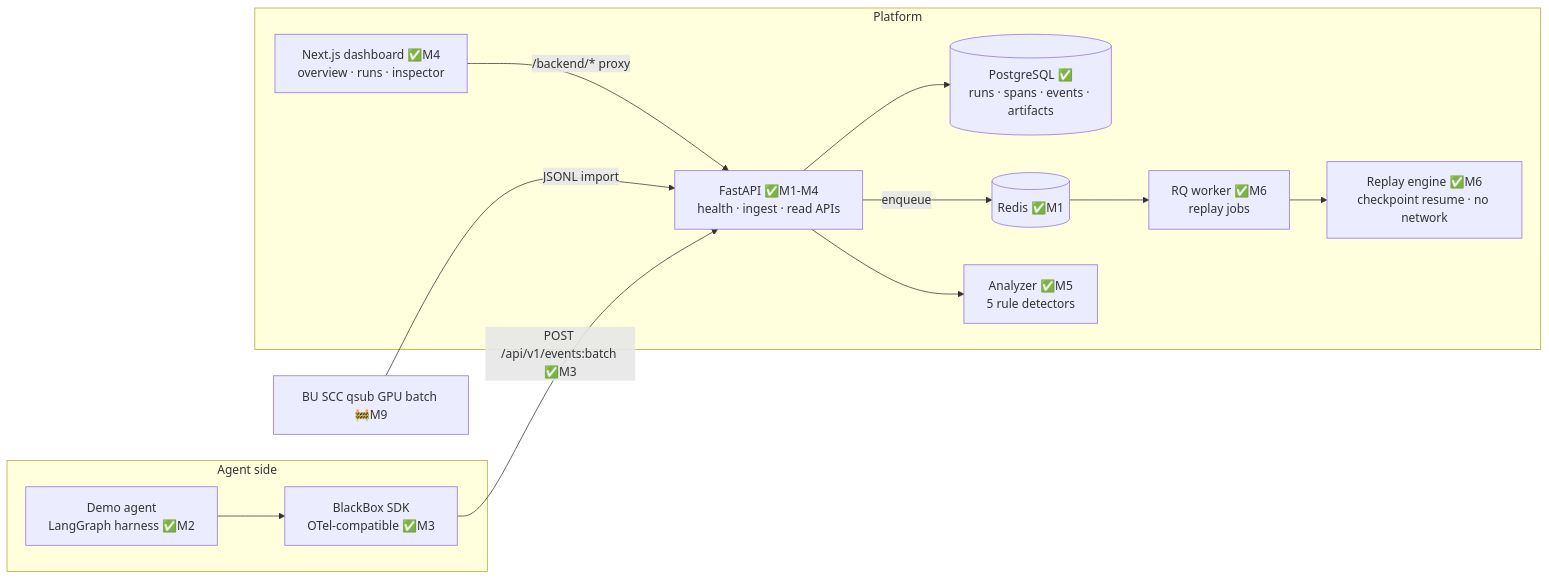
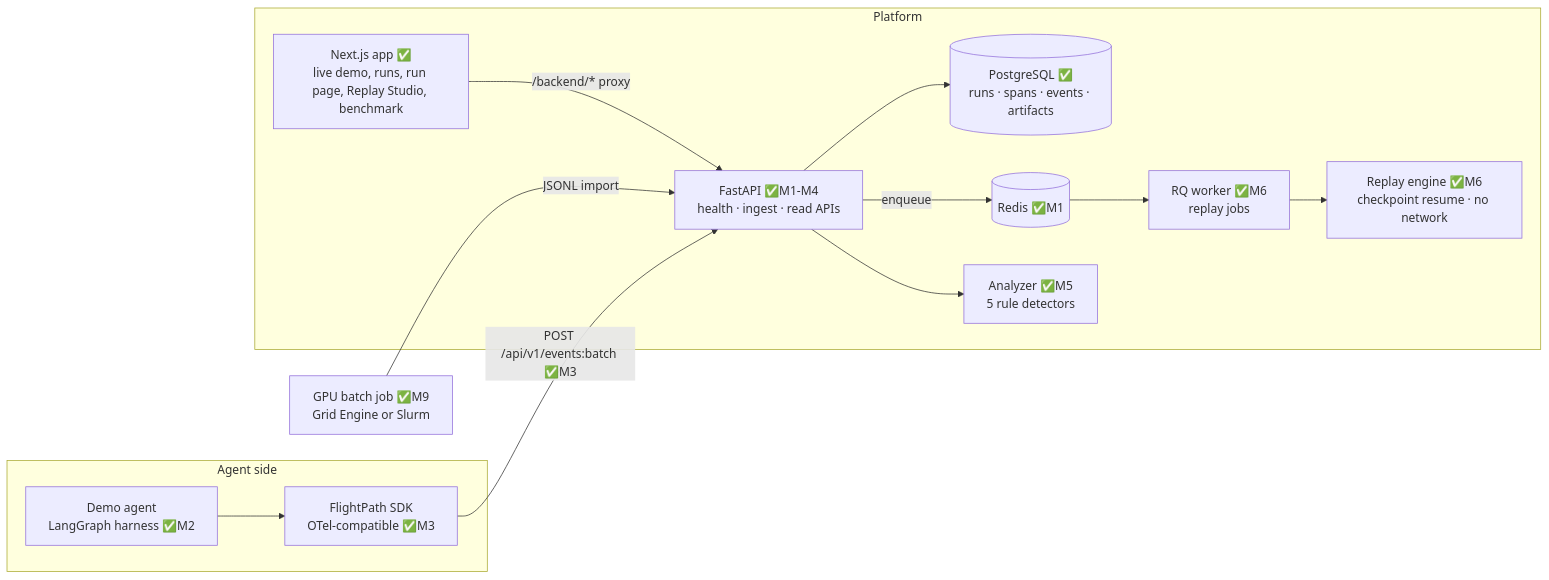
Before and after one commit to Kaushik2AI/agent-blackbox: the first of 3 diagrams in docs/architecture.md, drawn with Mermaid. The commit also changed other lines of this file and 96 other files, not shown here.

Commit message:
FlightPath: benchmark (M8), GPU evaluation (M9)

````diff
--- a/docs/architecture.md
+++ b/docs/architecture.md
@@ -7,16 +7,16 @@
 ```mermaid
 flowchart LR
   subgraph Agent side
-    H[Demo agent<br/>LangGraph harness ✅M2] --> SDK[BlackBox SDK<br/>OTel-compatible ✅M3]
+    H[Demo agent<br/>LangGraph harness ✅M2] --> SDK[FlightPath SDK<br/>OTel-compatible ✅M3]
   end
   subgraph Platform
-    W[Next.js dashboard ✅M4<br/>overview · runs · inspector] -- "/backend/* proxy" --> API[FastAPI ✅M1-M4<br/>health · ingest · read APIs]
+    W[Next.js app ✅<br/>live demo, runs, run page, Replay Studio, benchmark] -- "/backend/* proxy" --> API[FastAPI ✅M1-M4<br/>health · ingest · read APIs]
     SDK -- "POST /api/v1/events:batch ✅M3" --> API
     API --> PG[(PostgreSQL ✅<br/>runs · spans · events · artifacts)]
     API -- enqueue --> R[(Redis ✅M1)]
     R --> WK[RQ worker ✅M6<br/>replay jobs]
     WK --> RE[Replay engine ✅M6<br/>checkpoint resume · no network]
     API --> AN[Analyzer ✅M5<br/>5 rule detectors]
   end
-  SCC[BU SCC qsub GPU batch 🚧M9] -- JSONL import --> API
+  GPU[GPU batch job ✅M9<br/>Grid Engine or Slurm] -- JSONL import --> API
 ```
````
